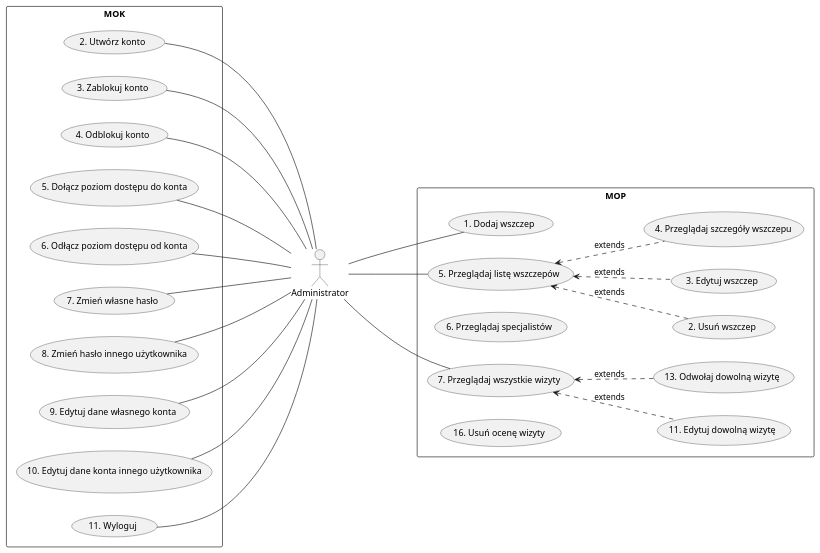
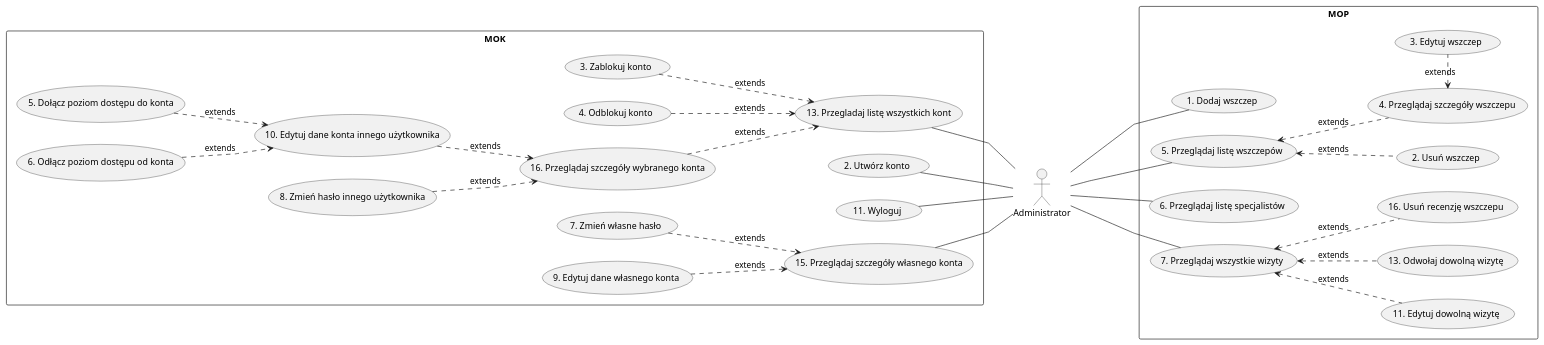
One commit to TheVivent-Politechnika-Lodzka/ssbd03_kic_uml changed the diagram in src/rozdział 2/administrator_usecase.puml. Above: the diagram before and after it, drawn with PlantUML. The commit also changed 3 other files, not shown here.

```diff
--- a/src/rozdział 2/administrator_usecase.puml
+++ b/src/rozdział 2/administrator_usecase.puml
@@ -1,55 +1,74 @@
 @startuml
 
 left to right direction
 skinparam packageStyle rectangle
+skinparam linetype polyline
+
 actor Administrator as g
 rectangle MOK {
 usecase "2. Utwórz konto" as mok2
 usecase "3. Zablokuj konto" as mok3
 usecase "4. Odblokuj konto" as mok4
 usecase "5. Dołącz poziom dostępu do konta" as mok5
 usecase "6. Odłącz poziom dostępu od konta" as mok6
 usecase "7. Zmień własne hasło" as mok7
 usecase "8. Zmień hasło innego użytkownika" as mok8
 usecase "9. Edytuj dane własnego konta" as mok9
 usecase "10. Edytuj dane konta innego użytkownika" as mok10
 usecase "11. Wyloguj" as mok11
+usecase "13. Przegladaj listę wszystkich kont" as mok13
+usecase "15. Przeglądaj szczegóły własnego konta" as mok15
+usecase "16. Przeglądaj szczegóły wybranego konta" as mok16
 }
 
 rectangle MOP {
     usecase "1. Dodaj wszczep" as mop1
     usecase "2. Usuń wszczep" as mop2
     usecase "3. Edytuj wszczep" as mop3
     usecase "4. Przeglądaj szczegóły wszczepu" as mop4
     usecase "5. Przeglądaj listę wszczepów" as mop5
-    usecase "6. Przeglądaj specjalistów"  as mop6
+    usecase "6. Przeglądaj listę specjalistów"  as mop6
     usecase "7. Przeglądaj wszystkie wizyty" as mop7
     usecase "11. Edytuj dowolną wizytę" as mop11
     usecase "13. Odwołaj dowolną wizytę" as mop13
-    usecase "16. Usuń ocenę wizyty" as mop16
+    usecase "16. Usuń recenzję wszczepu" as mop16
 
 }
 
 
 g---mop1
 g-- mop5
-    mop5 <.. mop3 : extends
+    mop4 <. mop3 : extends
     mop5 <.. mop2 : extends
     mop5 <.. mop4 : extends
+g--mop6
 g-- mop7
     mop7 <.. mop11 : extends
     mop7 <.. mop13 : extends
+    mop7 <.. mop16 : extends
 
-mok2 -- g
-mok3 -- g
-mok4 -- g
-mok5 -- g
-mok6 -- g
-mok7 -- g
-mok8 -- g
-mok9 -- g
-mok10 -- g
-mok11 --- g
+
+mok2  -g
+mok11 -g
+mok15 -g 
+    mok7 ..> mok15 : extends
+    mok9 ..> mok15 : extends
+mok13 --g
+    mok3 ..> mok13 : extends
+    mok4 ..> mok13 : extends
+    mok16 ..> mok13 : extends
+    mok10 ..> mok16 : extends
+
+    mok8 ..> mok16 : extends
+        mok5 ..> mok10 : extends
+        mok6 ..> mok10 : extends
+
+
+' tylko do wygladu
+mok2 -[hidden] mok13
+mok15 -[hidden] mok13
+mok11 -[hidden] mok13
+
 
 
 @enduml
```
